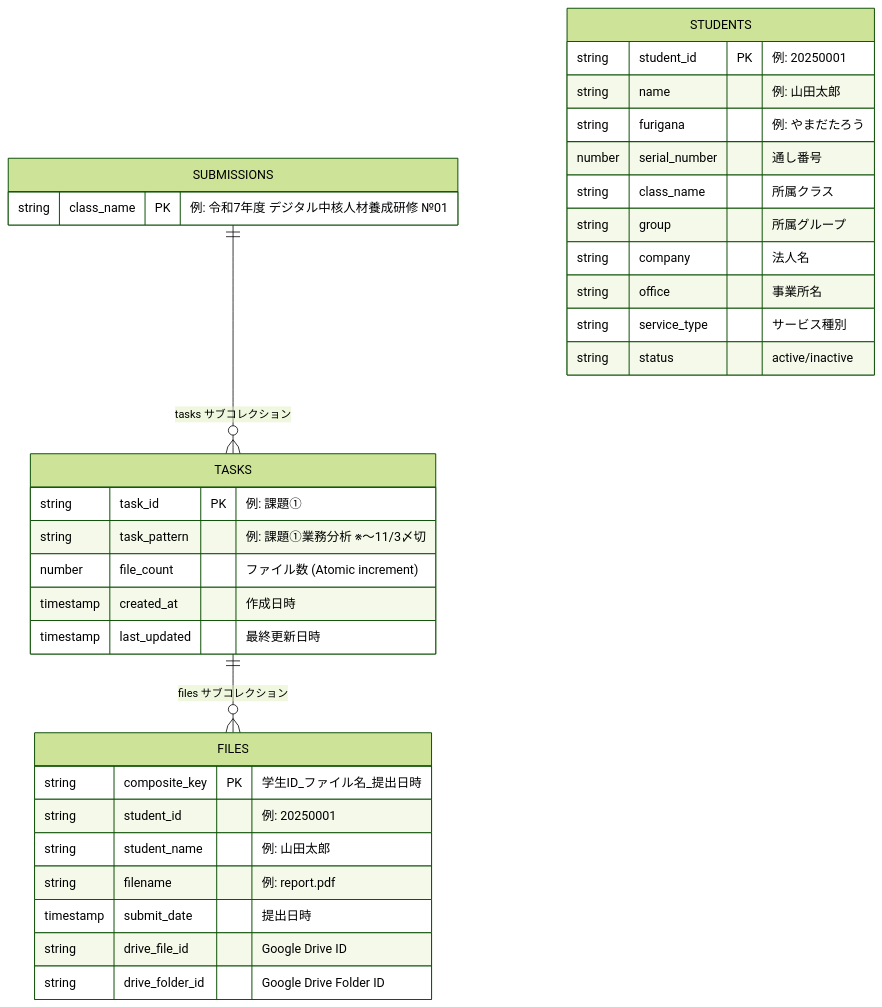
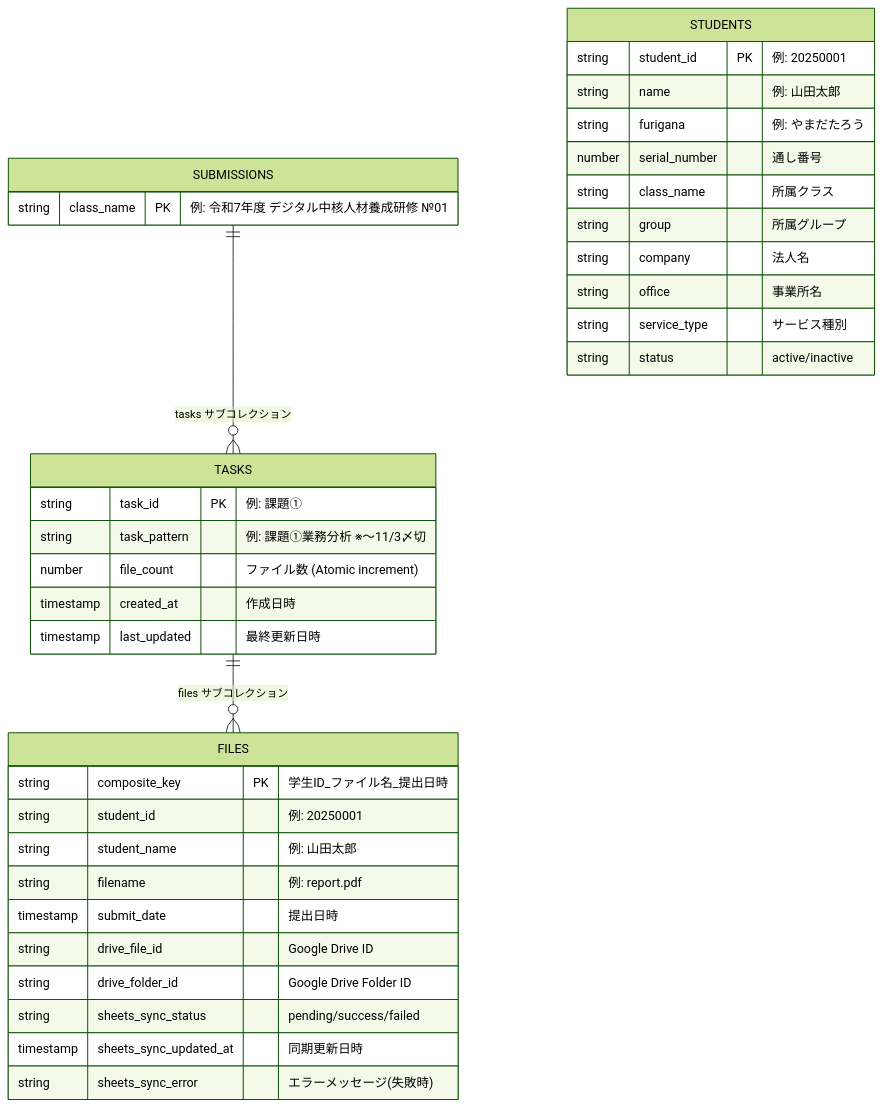
Before and after one commit to yasushi-honda/carewell-gcp-drive-automation: the second of 2 diagrams in docs/QUICKSTART.md, drawn with Mermaid (forest theme). The commit also changed other lines of this file and 4 other files, not shown here.

First line of the commit message:
docs: Update documentation for Sheets sync reliability improvement

````diff
--- a/docs/QUICKSTART.md
+++ b/docs/QUICKSTART.md
@@ -134,40 +155,43 @@
 ```mermaid
 erDiagram
     SUBMISSIONS {
         string class_name PK "例: 令和7年度 デジタル中核人材養成研修 №01"
     }
 
     TASKS {
         string task_id PK "例: 課題①"
         string task_pattern "例: 課題①業務分析 ※～11/3〆切"
         number file_count "ファイル数 (Atomic increment)"
         timestamp created_at "作成日時"
         timestamp last_updated "最終更新日時"
     }
 
     FILES {
         string composite_key PK "学生ID_ファイル名_提出日時"
         string student_id "例: 20250001"
         string student_name "例: 山田太郎"
         string filename "例: report.pdf"
         timestamp submit_date "提出日時"
         string drive_file_id "Google Drive ID"
         string drive_folder_id "Google Drive Folder ID"
+        string sheets_sync_status "pending/success/failed"
+        timestamp sheets_sync_updated_at "同期更新日時"
+        string sheets_sync_error "エラーメッセージ(失敗時)"
     }
 
     STUDENTS {
         string student_id PK "例: 20250001"
         string name "例: 山田太郎"
         string furigana "例: やまだたろう"
         number serial_number "通し番号"
         string class_name "所属クラス"
         string group "所属グループ"
         string company "法人名"
         string office "事業所名"
         string service_type "サービス種別"
         string status "active/inactive"
     }
 
     SUBMISSIONS ||--o{ TASKS : "tasks サブコレクション"
     TASKS ||--o{ FILES : "files サブコレクション"
 ```
````
